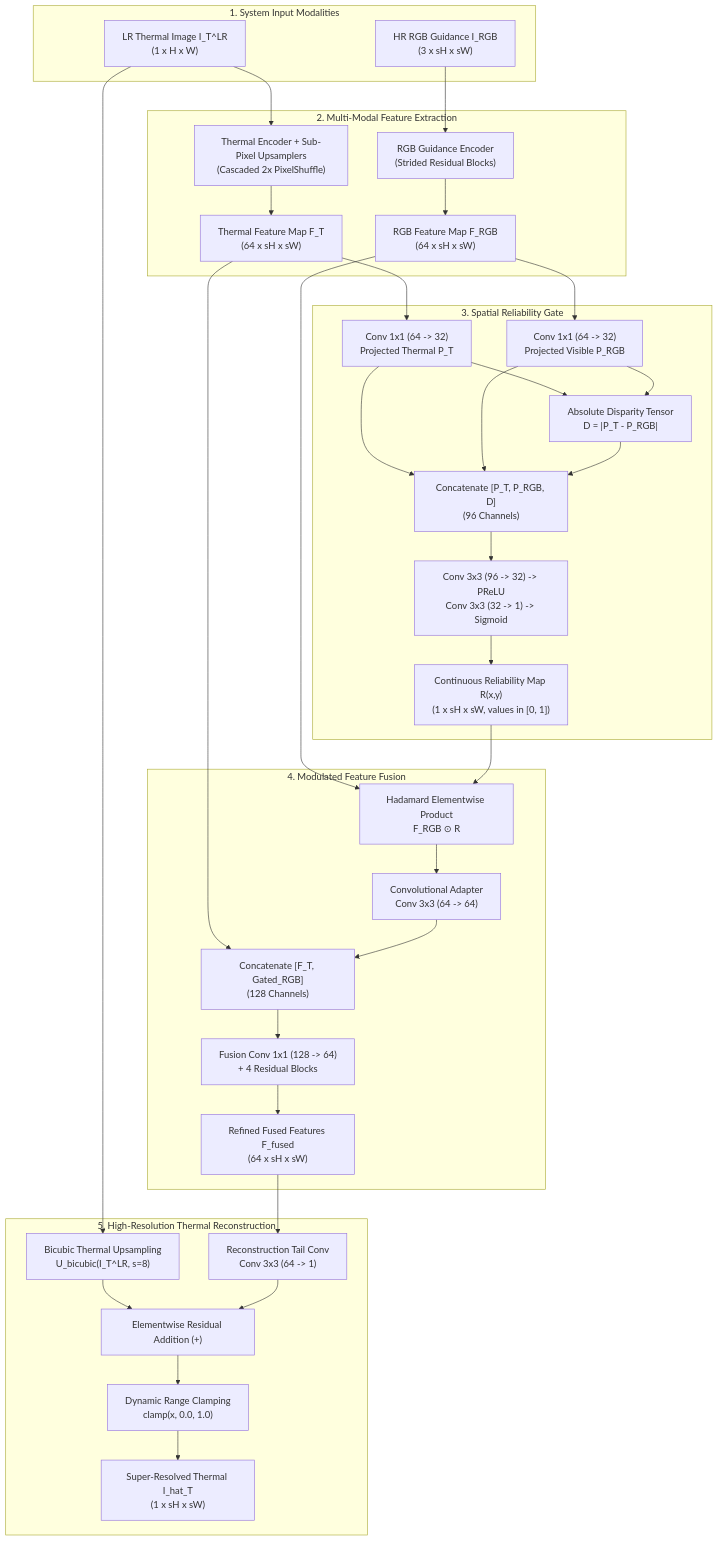
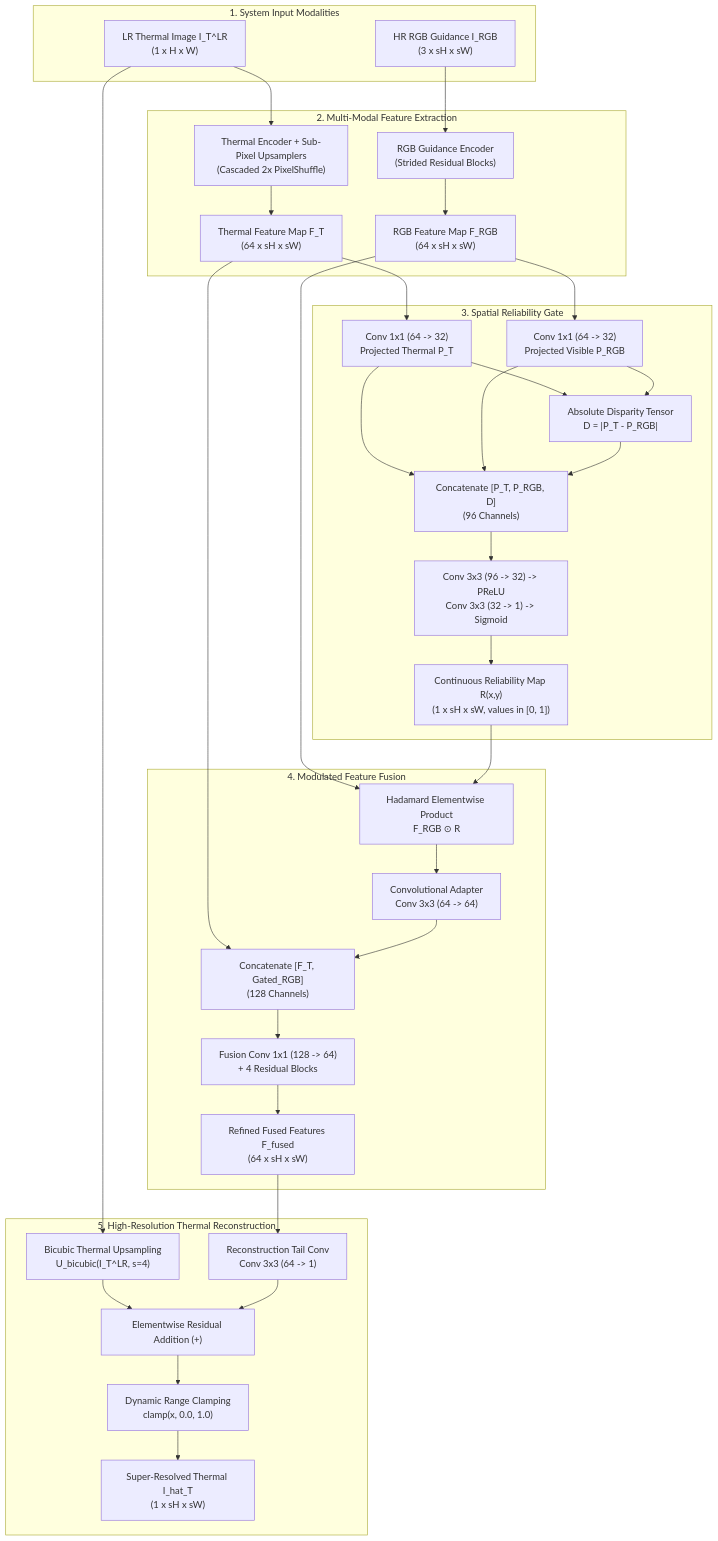
The diagram in docs/PROJECT_DOCUMENT.md (abdurrahmans0906-cpu/ThermoSR), drawn with Mermaid before and after one commit. The commit also changed other lines of this file and 3 other files, not shown here.

Commit message:
docs: update project document with real experimental values and Laya architecture diagrams

````diff
--- a/docs/PROJECT_DOCUMENT.md
+++ b/docs/PROJECT_DOCUMENT.md
@@ -119,60 +119,60 @@
 ```mermaid
 flowchart TD
     subgraph Inputs["1. System Input Modalities"]
         T_LR["LR Thermal Image I_T^LR<br/>(1 x H x W)"]
         RGB["HR RGB Guidance I_RGB<br/>(3 x sH x sW)"]
     end
 
     subgraph Feature_Extraction["2. Multi-Modal Feature Extraction"]
         T_Enc["Thermal Encoder + Sub-Pixel Upsamplers<br/>(Cascaded 2x PixelShuffle)"]
         RGB_Enc["RGB Guidance Encoder<br/>(Strided Residual Blocks)"]
         T_LR --> T_Enc
         RGB --> RGB_Enc
         T_Enc --> F_T["Thermal Feature Map F_T<br/>(64 x sH x sW)"]
         RGB_Enc --> F_RGB["RGB Feature Map F_RGB<br/>(64 x sH x sW)"]
     end
 
     subgraph Reliability_Gating["3. Spatial Reliability Gate"]
         Proj_T["Conv 1x1 (64 -> 32)<br/>Projected Thermal P_T"]
         Proj_RGB["Conv 1x1 (64 -> 32)<br/>Projected Visible P_RGB"]
         F_T --> Proj_T
         F_RGB --> Proj_RGB
         Diff["Absolute Disparity Tensor<br/>D = |P_T - P_RGB|"]
         Proj_T --> Diff
         Proj_RGB --> Diff
         GateConcat["Concatenate [P_T, P_RGB, D]<br/>(96 Channels)"]
         Proj_T --> GateConcat
         Proj_RGB --> GateConcat
         Diff --> GateConcat
         GateLayers["Conv 3x3 (96 -> 32) -> PReLU<br/>Conv 3x3 (32 -> 1) -> Sigmoid"]
         GateConcat --> GateLayers
         GateLayers --> RelMap["Continuous Reliability Map R(x,y)<br/>(1 x sH x sW, values in [0, 1])"]
     end
 
     subgraph Adaptive_Fusion["4. Modulated Feature Fusion"]
         Hadamard["Hadamard Elementwise Product<br/>F_RGB ⊙ R"]
         F_RGB --> Hadamard
         RelMap --> Hadamard
         RGBAdapter["Convolutional Adapter<br/>Conv 3x3 (64 -> 64)"]
         Hadamard --> RGBAdapter
         FuseConcat["Concatenate [F_T, Gated_RGB]<br/>(128 Channels)"]
         F_T --> FuseConcat
         RGBAdapter --> FuseConcat
         FuseTrunk["Fusion Conv 1x1 (128 -> 64)<br/>+ 4 Residual Blocks"]
         FuseConcat --> FuseTrunk
         FuseTrunk --> F_fused["Refined Fused Features F_fused<br/>(64 x sH x sW)"]
     end
 
     subgraph Reconstruction["5. High-Resolution Thermal Reconstruction"]
-        BicubicSkip["Bicubic Thermal Upsampling<br/>U_bicubic(I_T^LR, s=8)"]
+        BicubicSkip["Bicubic Thermal Upsampling<br/>U_bicubic(I_T^LR, s=4)"]
         T_LR --> BicubicSkip
         TailConv["Reconstruction Tail Conv<br/>Conv 3x3 (64 -> 1)"]
         F_fused --> TailConv
         ResidualSum["Elementwise Residual Addition (+)"]
         BicubicSkip --> ResidualSum
         TailConv --> ResidualSum
         ClampLayer["Dynamic Range Clamping<br/>clamp(x, 0.0, 1.0)"]
         ResidualSum --> ClampLayer
         ClampLayer --> OutThermal["Super-Resolved Thermal I_hat_T<br/>(1 x sH x sW)"]
     end
 ```
````
